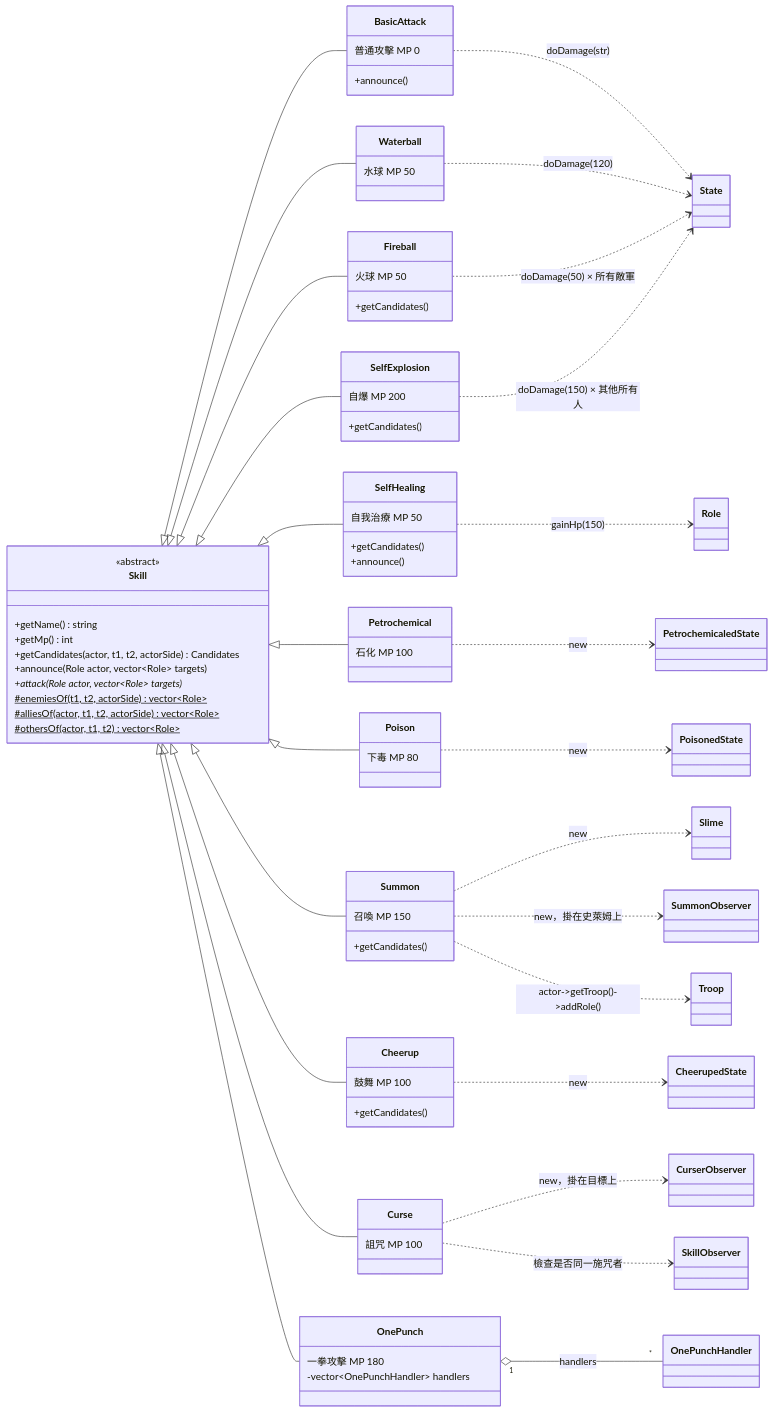
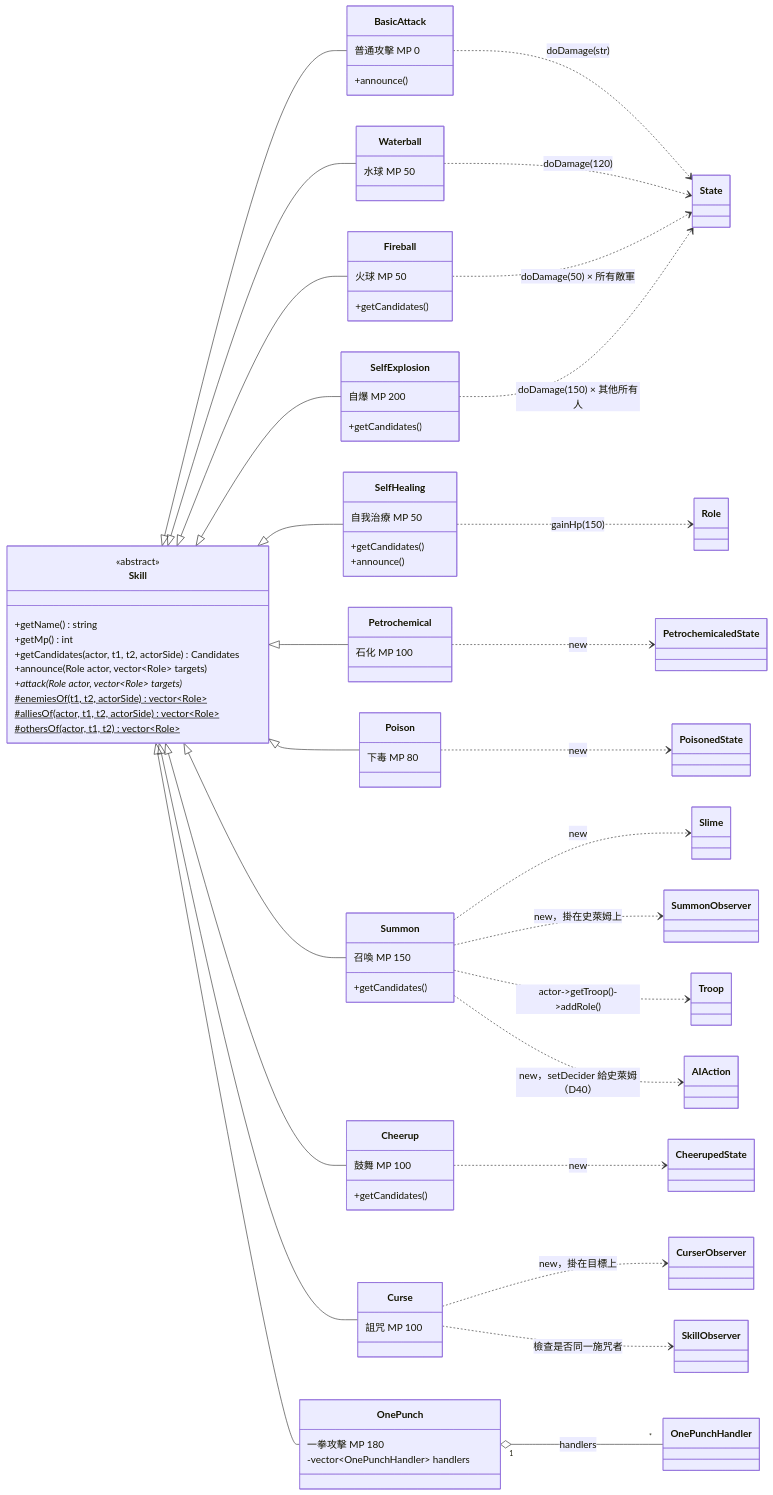
One commit to Chang-anthony/DesignPattern changed the third of 14 diagrams in RPGGame/diagrams.md. Above: the diagram before and after it, drawn with Mermaid. The commit also changed other lines of this file and 1 other file, not shown here.

First line of the commit message:
docs(rpggame): record D40 and decider implementation in CLAUDE.md and diagrams

```diff
--- a/RPGGame/diagrams.md
+++ b/RPGGame/diagrams.md
@@ -309,6 +312,7 @@
     Summon ..> Slime : new
     Summon ..> SummonObserver : new，掛在史萊姆上
     Summon ..> Troop : actor->getTroop()->addRole()
+    Summon ..> AIAction : new，setDecider 給史萊姆（D40）
     Curse ..> CurserObserver : new，掛在目標上
     Curse ..> SkillObserver : 檢查是否同一施咒者
     OnePunch "1" o-- "*" OnePunchHandler : handlers
```
